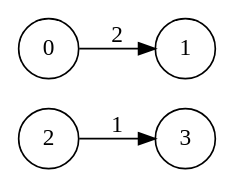
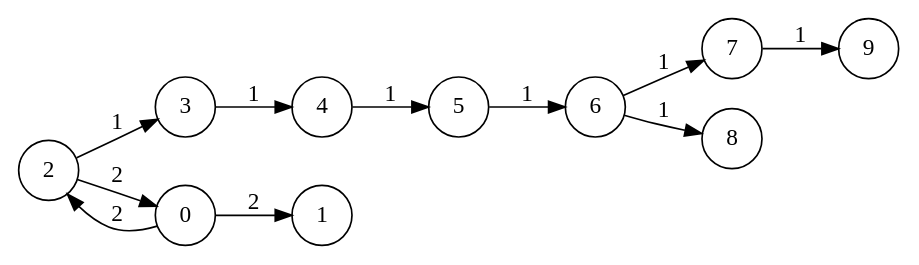
One commit to jodorganistaca/ProjectOcaml changed the diagram in graphs/simple_graph.dot. Above: the diagram before and after it, drawn with Graphviz. The commit also changed 4 other files, not shown here.

```diff
--- a/graphs/simple_graph.dot
+++ b/graphs/simple_graph.dot
@@ -1,7 +1,15 @@
 digraph dot_graph {
   rankdir=LR;
   size="8,5"
   node [shape=circle];
+  3 -> 4 [label = "1"]; 
+  7 -> 9 [label = "1"]; 
+  6 -> 8 [label = "1"]; 
+  6 -> 7 [label = "1"]; 
+  5 -> 6 [label = "1"]; 
+  4 -> 5 [label = "1"]; 
+  2 -> 0 [label = "2"]; 
   2 -> 3 [label = "1"]; 
+  0 -> 2 [label = "2"]; 
   0 -> 1 [label = "2"]; 
 }
```
